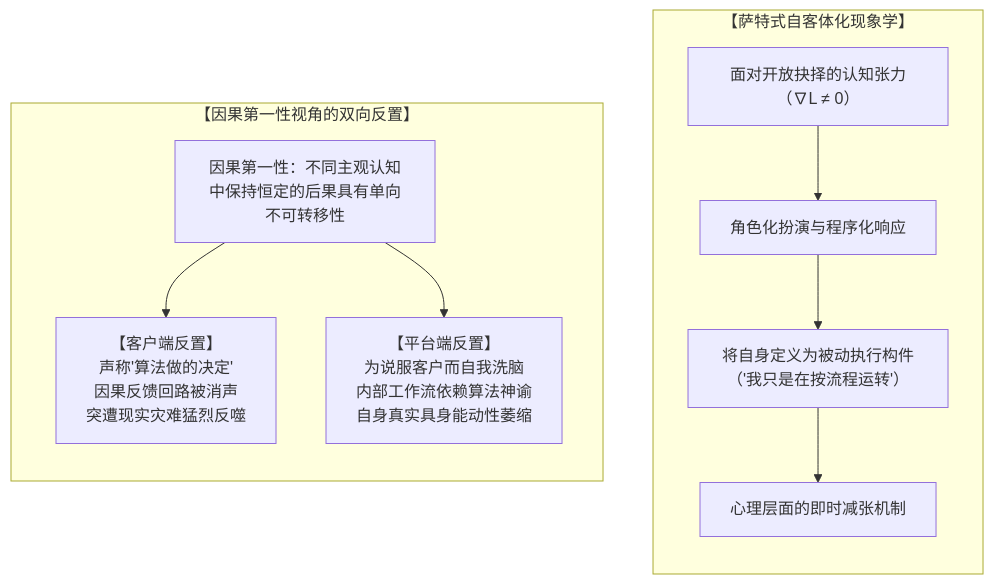
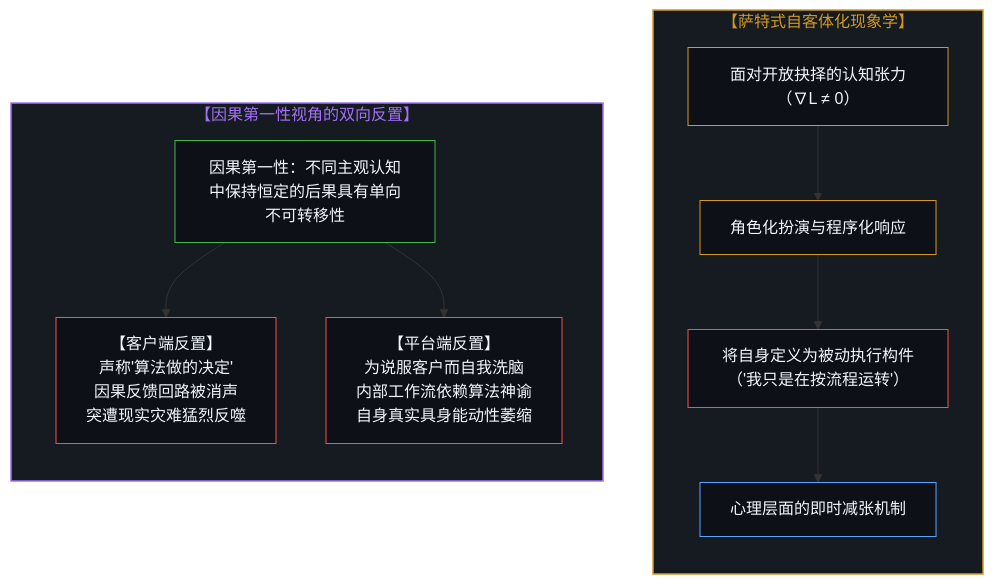
The seventh of 12 diagrams in content/posts/the-delegation-of-the-task-and-the-inalienability-of-consequences.md (powerpig99/not-a-toe), drawn with Mermaid before and after one commit. The commit also changed other lines of this file and 4 other files, not shown here.

Commit message:
Align Post 328 diagrams with historical dark theme, purge physical will inversion, and archive specifications

````diff
--- a/content/posts/the-delegation-of-the-task-and-the-inalienability-of-consequences.md
+++ b/content/posts/the-delegation-of-the-task-and-the-inalienability-of-consequences.md
@@ -175,16 +227,26 @@
 ```mermaid
 graph TD
     subgraph Sartrean_Phenomenology["【萨特式自客体化现象学】"]
         direction TB
         S1["面对开放抉择的认知张力（∇L ≠ 0）"] --> S2["角色化扮演与程序化响应"]
         S2 --> S3["将自身定义为被动执行构件（'我只是在按流程运转'）"]
         S3 --> S4["心理层面的即时减张机制"]
     end
 
     subgraph Causal_First_Principles["【因果第一性视角的双向反置】"]
         direction TB
         C_Origin["因果第一性：不同主观认知中保持恒定的后果具有单向不可转移性"]
         C_Origin --> B_Client["【客户端反置】<br/>声称'算法做的决定'<br/>因果反馈回路被消声<br/>突遭现实灾难猛烈反噬"]
         C_Origin --> B_Platform["【平台端反置】<br/>为说服客户而自我洗脑<br/>内部工作流依赖算法神谕<br/>自身真实具身能动性萎缩"]
     end
+
+    style Sartrean_Phenomenology fill:#161b22,stroke:#d29922,stroke-width:1.5px,color:#d29922
+    style Causal_First_Principles fill:#161b22,stroke:#a371f7,stroke-width:1.5px,color:#a371f7
+    style S1 fill:#0d1117,stroke:#d29922,stroke-width:1px,color:#f0f6fc
+    style S2 fill:#0d1117,stroke:#d29922,stroke-width:1px,color:#f0f6fc
+    style S3 fill:#0d1117,stroke:#f85149,stroke-width:1px,color:#f0f6fc
+    style S4 fill:#0d1117,stroke:#58a6ff,stroke-width:1px,color:#f0f6fc
+    style C_Origin fill:#0d1117,stroke:#3fb950,stroke-width:1px,color:#f0f6fc
+    style B_Client fill:#0d1117,stroke:#f85149,stroke-width:1px,color:#f0f6fc
+    style B_Platform fill:#0d1117,stroke:#f85149,stroke-width:1px,color:#f0f6fc
 ```
````
